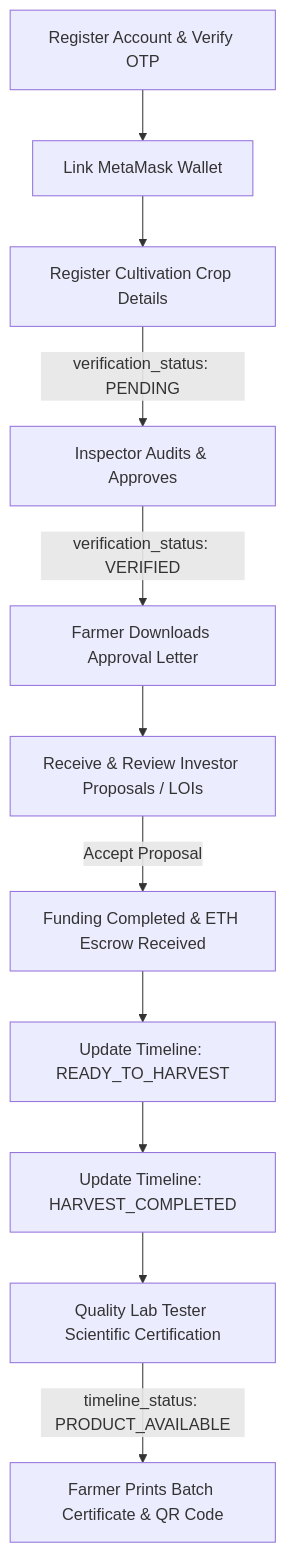
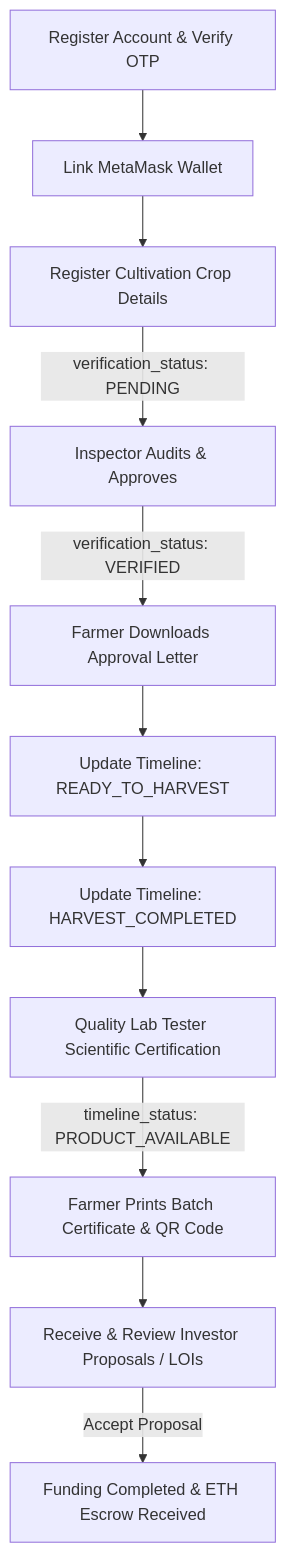
The second of 7 diagrams in workflow.md (Vedansh-Harish-Ail/AgroChain), drawn with Mermaid before and after one commit. The commit also changed other lines of this file and 1 other file, not shown here.

````diff
--- a/workflow.md
+++ b/workflow.md
@@ -29,13 +27,13 @@
 ```mermaid
 graph TD
     A[Register Account & Verify OTP] --> B[Link MetaMask Wallet]
     B --> C[Register Cultivation Crop Details]
     C -->|verification_status: PENDING| D[Inspector Audits & Approves]
     D -->|verification_status: VERIFIED| E[Farmer Downloads Approval Letter]
-    E --> F[Receive & Review Investor Proposals / LOIs]
-    F -->|Accept Proposal| G[Funding Completed & ETH Escrow Received]
-    G --> H[Update Timeline: READY_TO_HARVEST]
+    E --> H[Update Timeline: READY_TO_HARVEST]
     H --> I[Update Timeline: HARVEST_COMPLETED]
     I --> J[Quality Lab Tester Scientific Certification]
     J -->|timeline_status: PRODUCT_AVAILABLE| K[Farmer Prints Batch Certificate & QR Code]
+    K --> F[Receive & Review Investor Proposals / LOIs]
+    F -->|Accept Proposal| G[Funding Completed & ETH Escrow Received]
 ```
````
